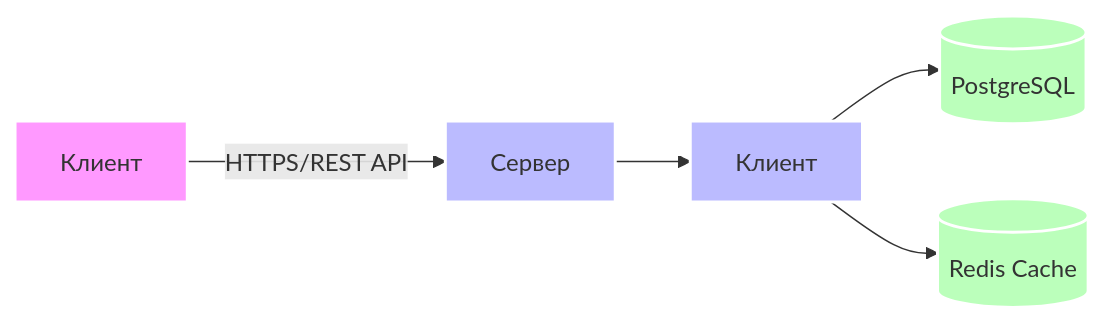
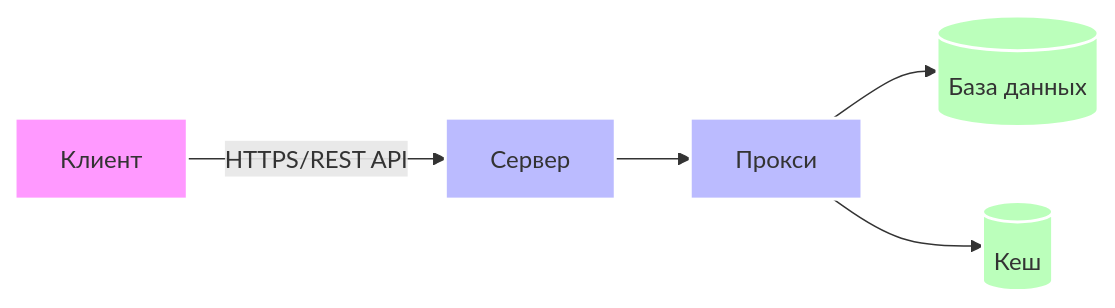
One commit to luzstrik/project-system-vvsu changed the first of 2 diagrams in 8.md. Above: the diagram before and after it, drawn with Mermaid.

````diff
--- a/8.md
+++ b/8.md
@@ -9,15 +9,15 @@
 ```mermaid
 graph LR
     A[Клиент] -->|HTTPS/REST API| B[Сервер]
-    B --> C["Клиент"]
-    C --> D[(PostgreSQL)]
-    C --> E[(Redis Cache)]
+    B --> C["Прокси"]
+    C --> D[(База данных)]
+    C --> E[(Кеш)]
     
     classDef client fill:#f9f,stroke:#FFFFFF,stroke-width:2px;
     classDef server fill:#bbf,stroke:#FFFFFF,stroke-width:2px;
     classDef db fill:#bfb,stroke:#FFFFFF,stroke-width:2px;
     
     class A client;
     class B,C server;
     class D,E db;
 ```
````
